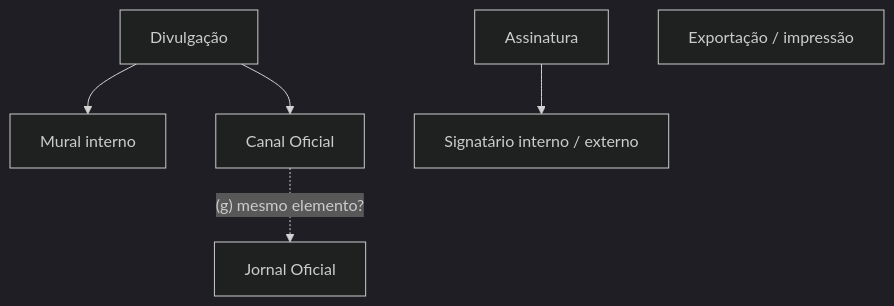
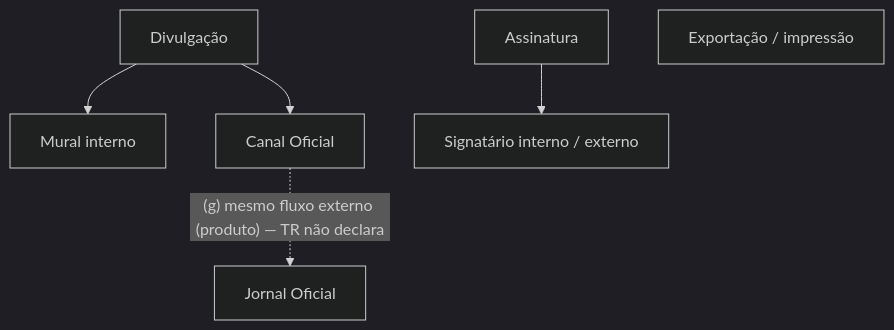
The diagram in QA Workspace/02 Demandas/DEV/SGV-11262 - [QA-Automação] Termo de Referência SOGOV/SGV-12082 - Mapeamento de atores e modelo do preset do TR/01 Modelo do preset/Seções do TR/08 - Divulgação, exportação e assinaturas (1.38–1.40).md (RafaCartaxo/brainwork), drawn with Mermaid (dark theme) before and after one commit. The commit also changed other lines of this file and 2 other files, not shown here.

````diff
--- a/QA Workspace/02 Demandas/DEV/SGV-11262 - [QA-Automação] Termo de Referência SOGOV/SGV-12082 - Mapeamento de atores e modelo do preset do TR/01 Modelo do preset/Seções do TR/08 - Divulgação, exportação e assinaturas (1.38–1.40).md
+++ b/QA Workspace/02 Demandas/DEV/SGV-11262 - [QA-Automação] Termo de Referência SOGOV/SGV-12082 - Mapeamento de atores e modelo do preset do TR/01 Modelo do preset/Seções do TR/08 - Divulgação, exportação e assinaturas (1.38–1.40).md
@@ -20,8 +20,8 @@
 ```mermaid
 flowchart TB
     Divulgacao["Divulgação"] --> Mural["Mural interno"]
     Divulgacao --> Canal["Canal Oficial"]
-    Canal -.->|"(g) mesmo elemento?"| Jornal["Jornal Oficial"]
+    Canal -.->|"(g) mesmo fluxo externo (produto) — TR não declara"| Jornal["Jornal Oficial"]
     Assinatura["Assinatura"] --> Signatario["Signatário interno / externo"]
     Exportacao["Exportação / impressão"]
 ```
````
